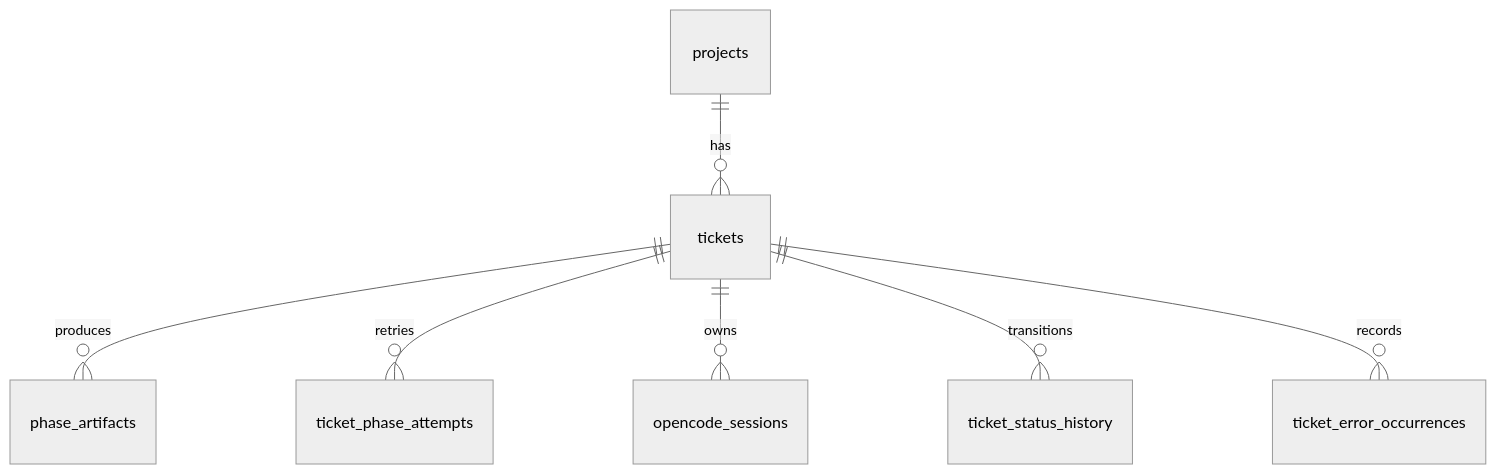
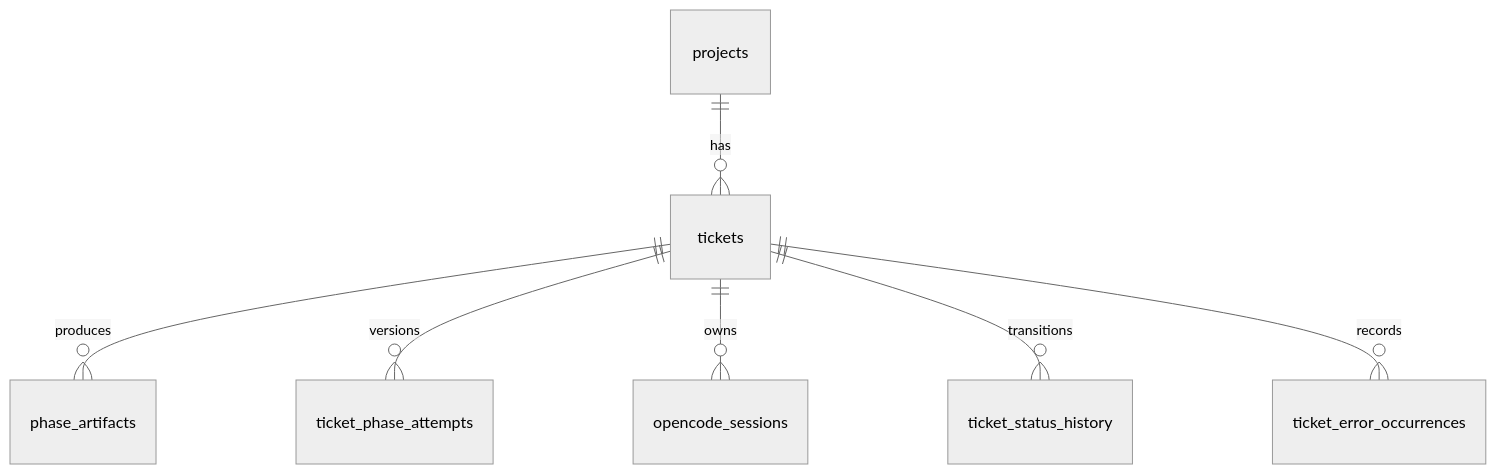
The diagram in docs/database-schema.md (antclt/LoopTroop), drawn with Mermaid (neutral theme) before and after one commit. The commit also changed other lines of this file and 1 other file, not shown here.

Commit message:
docs: refine Database Schema and related documentation to accurately reflect storage boundaries, ownership, and runtime behavior

````diff
--- a/docs/database-schema.md
+++ b/docs/database-schema.md
@@ -199,9 +245,9 @@
 ```mermaid
 erDiagram
     projects ||--o{ tickets : has
     tickets ||--o{ phase_artifacts : produces
-    tickets ||--o{ ticket_phase_attempts : retries
+    tickets ||--o{ ticket_phase_attempts : versions
     tickets ||--o{ opencode_sessions : owns
     tickets ||--o{ ticket_status_history : transitions
     tickets ||--o{ ticket_error_occurrences : records
 ```
````
